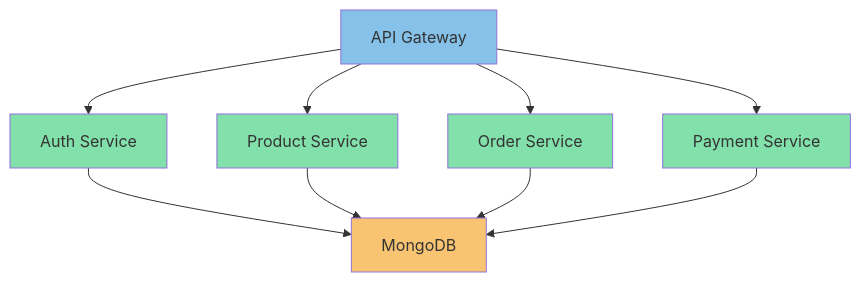
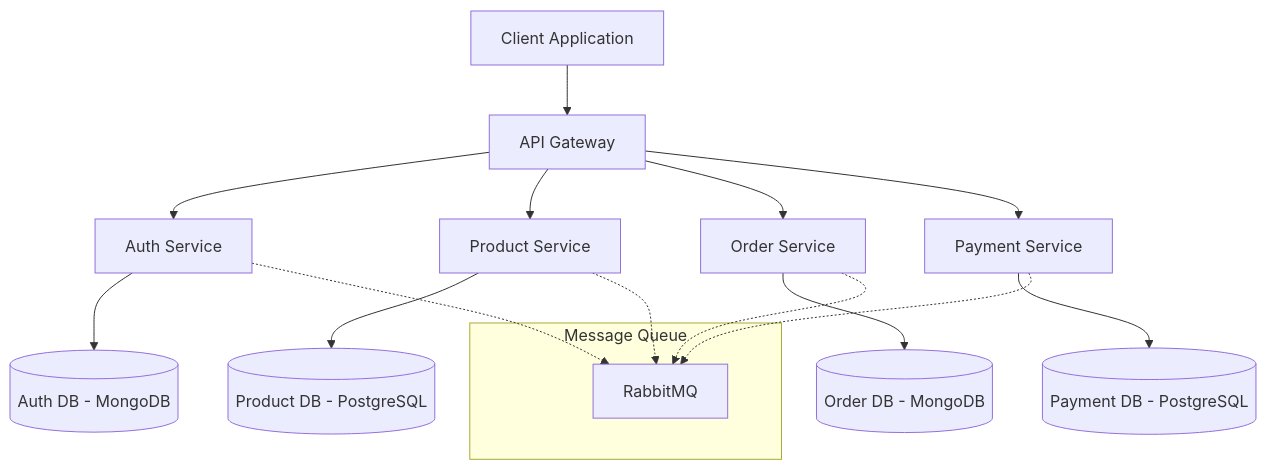
The diagram in README.md (jabinv13/CrunchCab_Microservice), drawn with Mermaid before and after one commit. The commit also changed other lines of this file, not shown here.

````diff
--- a/README.md
+++ b/README.md
@@ -32,17 +43,22 @@
 ```mermaid
 graph TD
-    A[API Gateway] --> B[Auth Service]
-    A --> C[Product Service]
-    A --> D[Order Service]
-    A --> E[Payment Service]
-    B --> F[MongoDB]
-    C --> F
-    D --> F
-    E --> F
-    style A fill:#85C1E9
-    style B fill:#82E0AA
-    style C fill:#82E0AA
-    style D fill:#82E0AA
-    style E fill:#82E0AA
-    style F fill:#F8C471
+    Client[Client Application] --> Gateway[API Gateway]
+    Gateway --> Auth[Auth Service]
+    Gateway --> Products[Product Service]
+    Gateway --> Orders[Order Service]
+    Gateway --> Payments[Payment Service]
+    
+    Auth --> AuthDB[(Auth DB - MongoDB)]
+    Products --> ProductDB[(Product DB - PostgreSQL)]
+    Orders --> OrderDB[(Order DB - MongoDB)]
+    Payments --> PaymentDB[(Payment DB - PostgreSQL)]
+    
+    subgraph Message Queue
+        RabbitMQ
+    end
+    
+    Auth -.-> RabbitMQ
+    Products -.-> RabbitMQ
+    Orders -.-> RabbitMQ
+    Payments -.-> RabbitMQ
 ```
````
